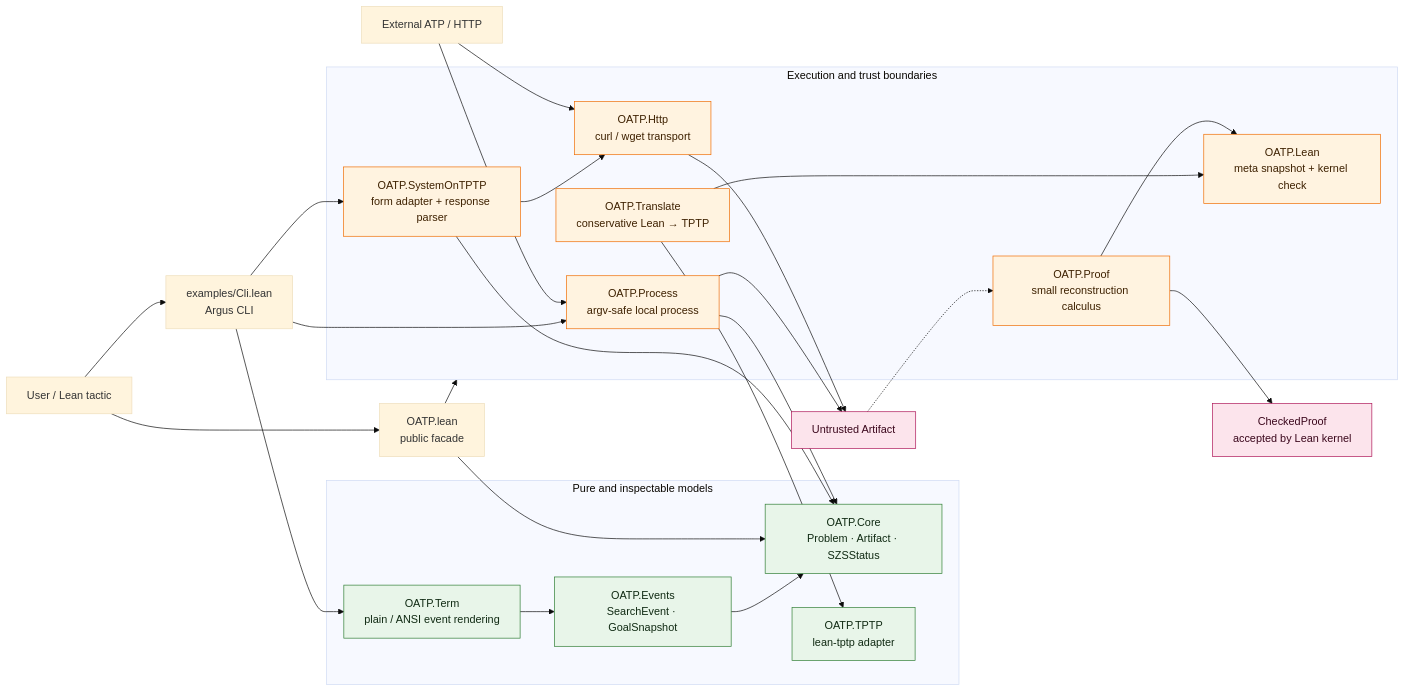
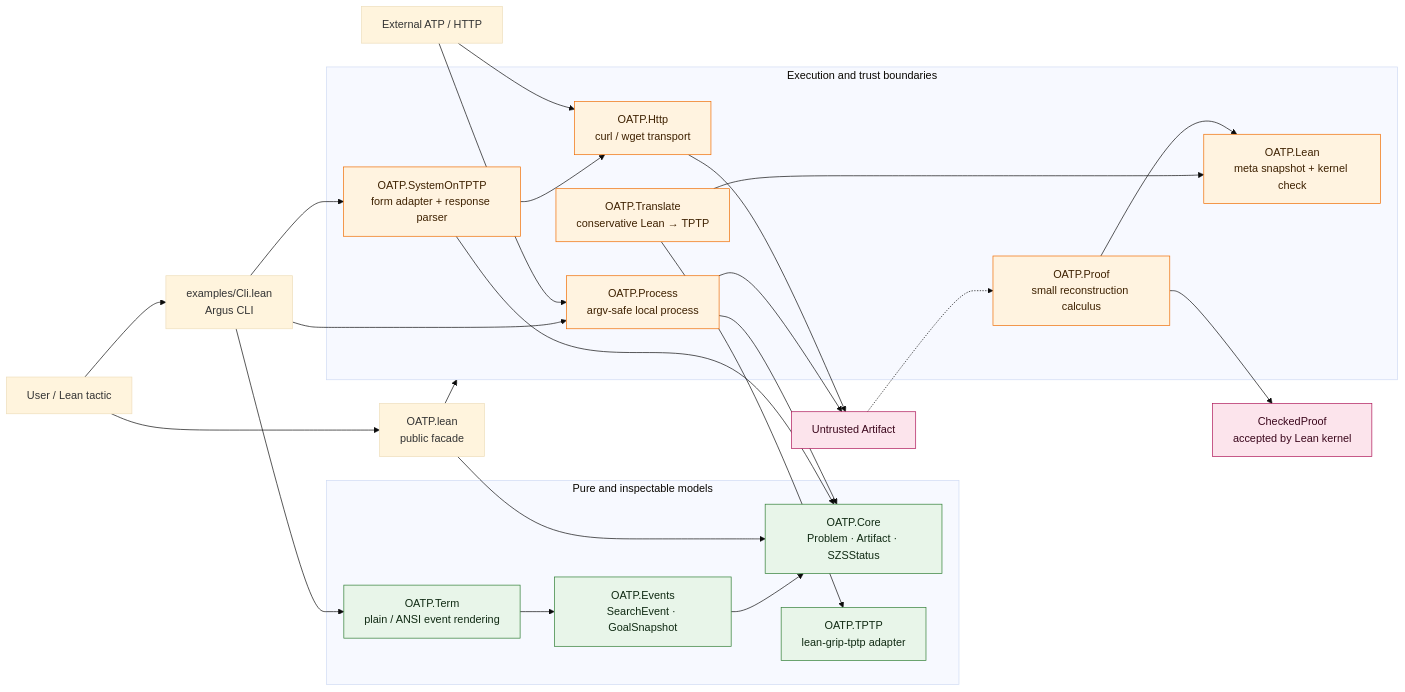
One commit to jonaprieto/oatp changed the first of 2 diagrams in ARCHITECTURE.md. Above: the diagram before and after it, drawn with Mermaid (base theme). The commit also changed other lines of this file and 4 other files, not shown here.

````diff
--- a/ARCHITECTURE.md
+++ b/ARCHITECTURE.md
@@ -9,49 +9,49 @@
 ```mermaid
 flowchart LR
   user["User / Lean tactic"] --> cli["examples/Cli.lean\nArgus CLI"]
   user --> facade["OATP.lean\npublic facade"]
 
   subgraph pure["Pure and inspectable models"]
     core["OATP.Core\nProblem · Artifact · SZSStatus"]
     events["OATP.Events\nSearchEvent · GoalSnapshot"]
-    tptp["OATP.TPTP\nlean-tptp adapter"]
+    tptp["OATP.TPTP\nlean-grip-tptp adapter"]
     term["OATP.Term\nplain / ANSI event rendering"]
   end
 
   subgraph boundaries["Execution and trust boundaries"]
     local["OATP.Process\nargv-safe local process"]
     http["OATP.Http\ncurl / wget transport"]
     system["OATP.SystemOnTPTP\nform adapter + response parser"]
     translate["OATP.Translate\nconservative Lean → TPTP"]
     lean["OATP.Lean\nmeta snapshot + kernel check"]
     proof["OATP.Proof\nsmall reconstruction calculus"]
   end
 
   cli --> local
   cli --> system
   cli --> term
   system --> http
   system --> core
   local --> core
   translate --> tptp
   translate --> lean
   proof --> lean
   events --> core
   term --> events
   facade --> core
   facade --> boundaries
 
   external["External ATP / HTTP"] --> local
   external --> http
   local --> artifact["Untrusted Artifact"]
   http --> artifact
   artifact -.-> proof
   proof --> checked["CheckedProof\naccepted by Lean kernel"]
 
   classDef pure fill:#e8f5e9,stroke:#2e7d32,color:#102a13
   classDef boundary fill:#fff3e0,stroke:#ef6c00,color:#3e2100
   classDef trust fill:#fce4ec,stroke:#ad1457,color:#3b071c
   class core,events,tptp,term pure
   class local,http,system,translate,lean,proof boundary
   class artifact,checked trust
 ```
````
